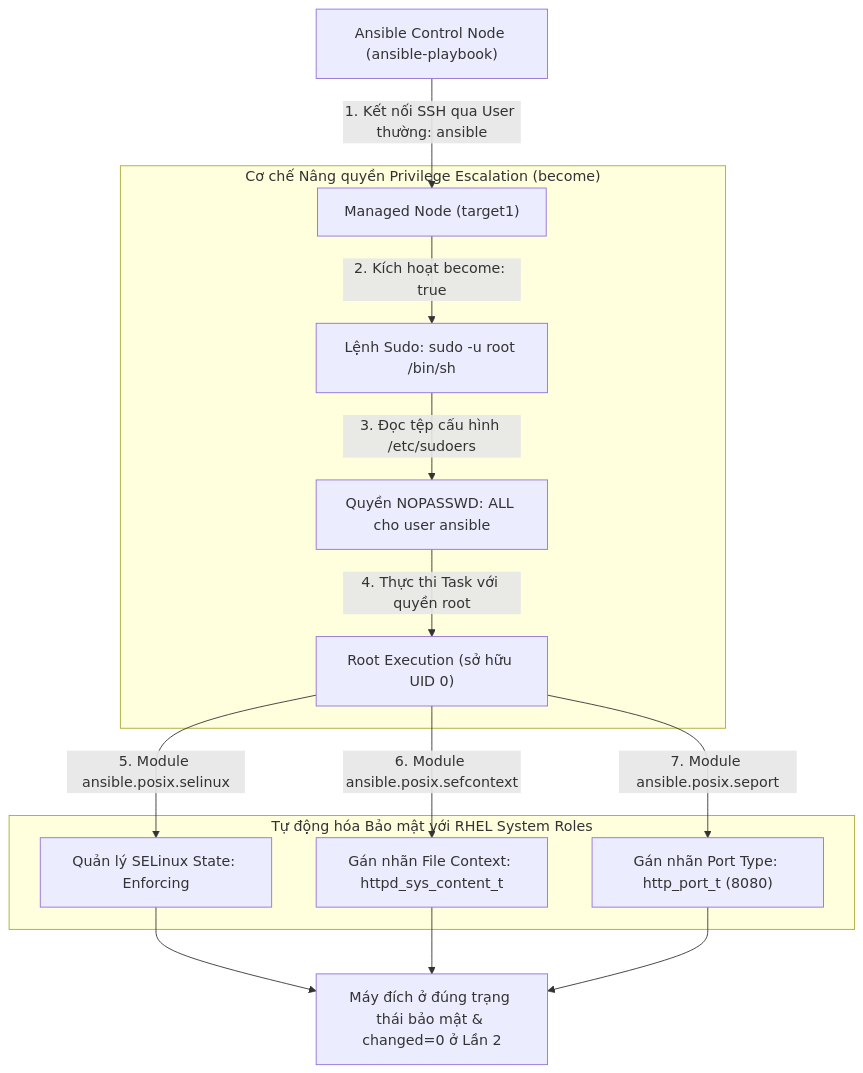
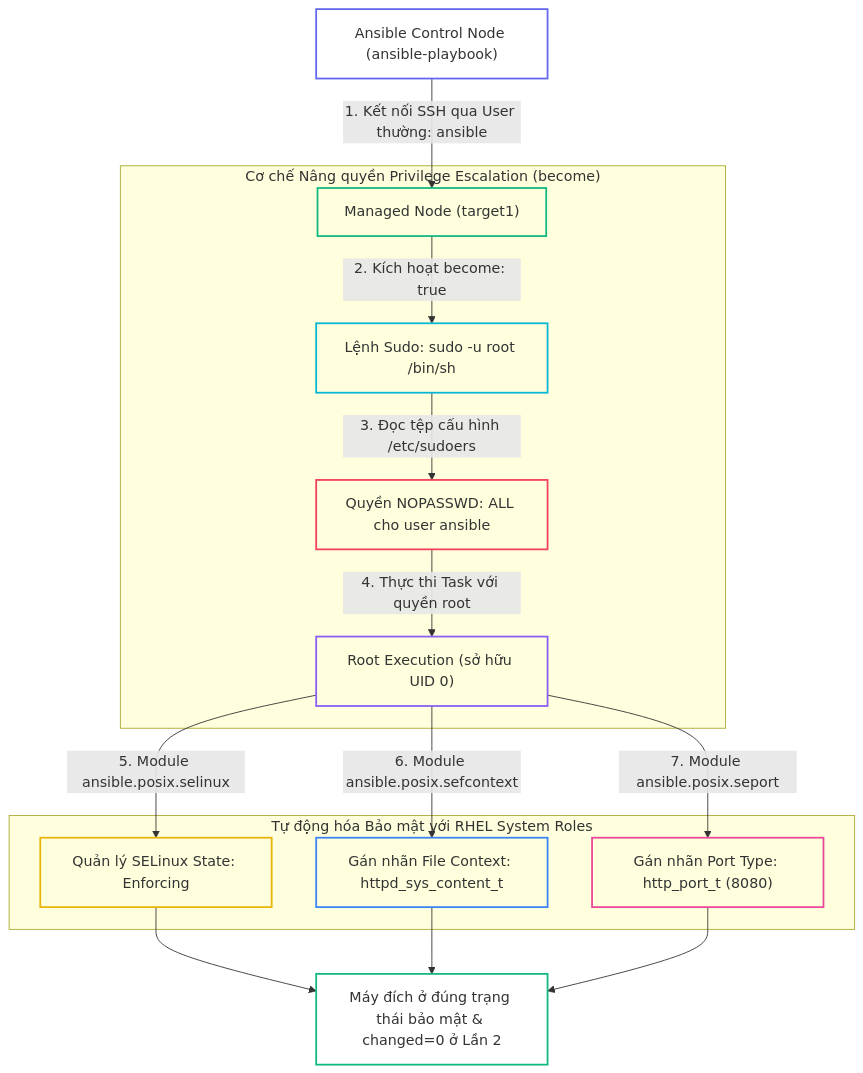
The first of 3 diagrams in _posts/2026-09-13-ansible-21-21-system-roles-selinux.md (kiennt308/ntk), drawn with Mermaid before and after one commit. The commit also changed other lines of this file and 30 other files, not shown here.

````diff
--- a/_posts/2026-09-13-ansible-21-21-system-roles-selinux.md
+++ b/_posts/2026-09-13-ansible-21-21-system-roles-selinux.md
@@ -82,20 +82,30 @@
 ```mermaid
 graph TD
     A["Ansible Control Node (ansible-playbook)"] -->|"1. Kết nối SSH qua User thường: ansible"| B["Managed Node (target1)"]
     
     subgraph "Cơ chế Nâng quyền Privilege Escalation (become)"
         B -->|"2. Kích hoạt become: true"| C["Lệnh Sudo: sudo -u root /bin/sh"]
         C -->|"3. Đọc tệp cấu hình /etc/sudoers"| D["Quyền NOPASSWD: ALL cho user ansible"]
         D -->|"4. Thực thi Task với quyền root"| E["Root Execution (sở hữu UID 0)"]
     end
     
     subgraph "Tự động hóa Bảo mật với RHEL System Roles"
         E -->|"5. Module ansible.posix.selinux"| F["Quản lý SELinux State: Enforcing"]
         E -->|"6. Module ansible.posix.sefcontext"| G["Gán nhãn File Context: httpd_sys_content_t"]
         E -->|"7. Module ansible.posix.seport"| H["Gán nhãn Port Type: http_port_t (8080)"]
     end
     
     F --> I["Máy đích ở đúng trạng thái bảo mật & changed=0 ở Lần 2"]
     G --> I
     H --> I
+
+    style A fill:none,stroke:#6366f1,stroke-width:2px
+    style B fill:none,stroke:#10b981,stroke-width:2px
+    style C fill:none,stroke:#06b6d4,stroke-width:2px
+    style D fill:none,stroke:#f43f5e,stroke-width:2px
+    style E fill:none,stroke:#8b5cf6,stroke-width:2px
+    style F fill:none,stroke:#eab308,stroke-width:2px
+    style G fill:none,stroke:#3b82f6,stroke-width:2px
+    style H fill:none,stroke:#ec4899,stroke-width:2px
+    style I fill:none,stroke:#10b981,stroke-width:2px
 ```
````
